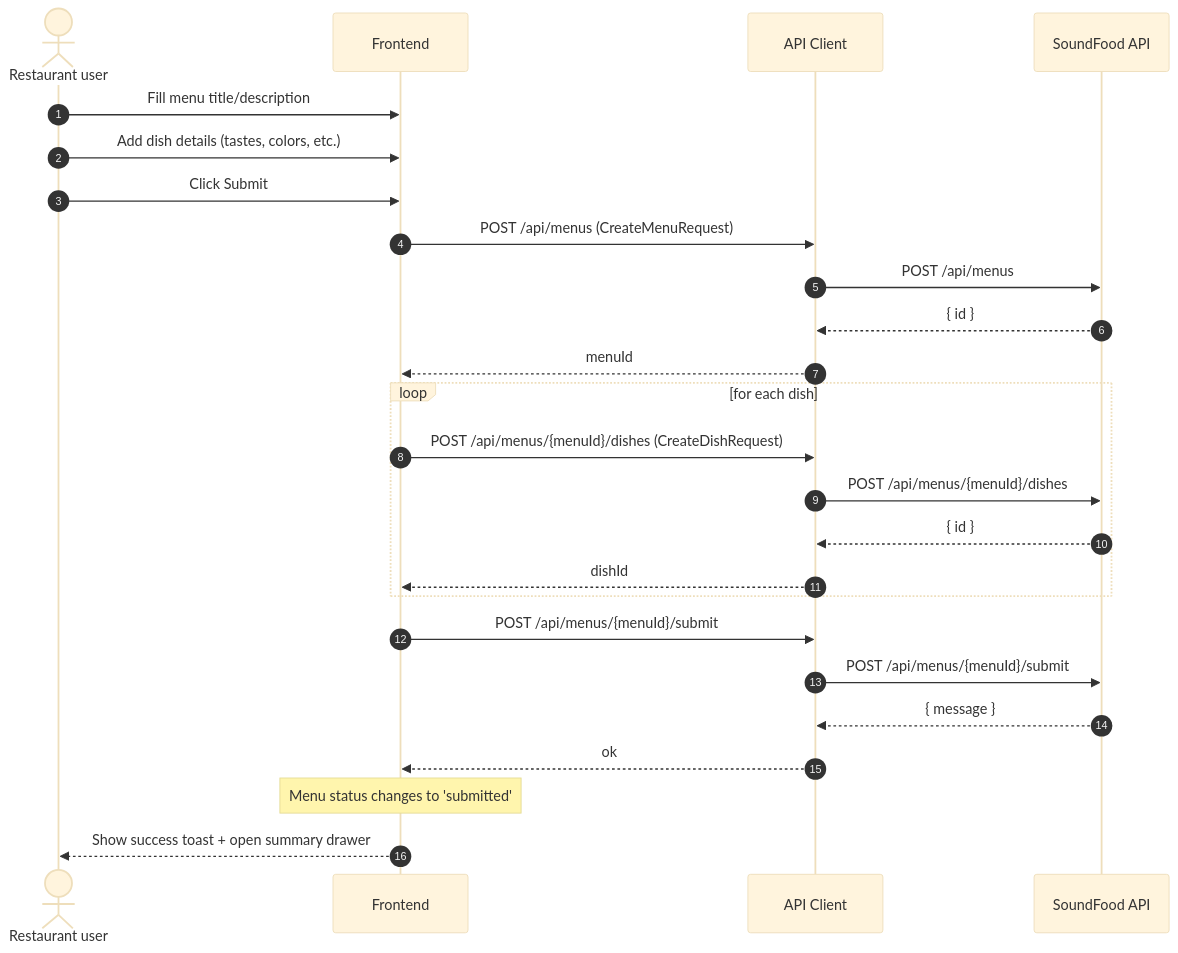
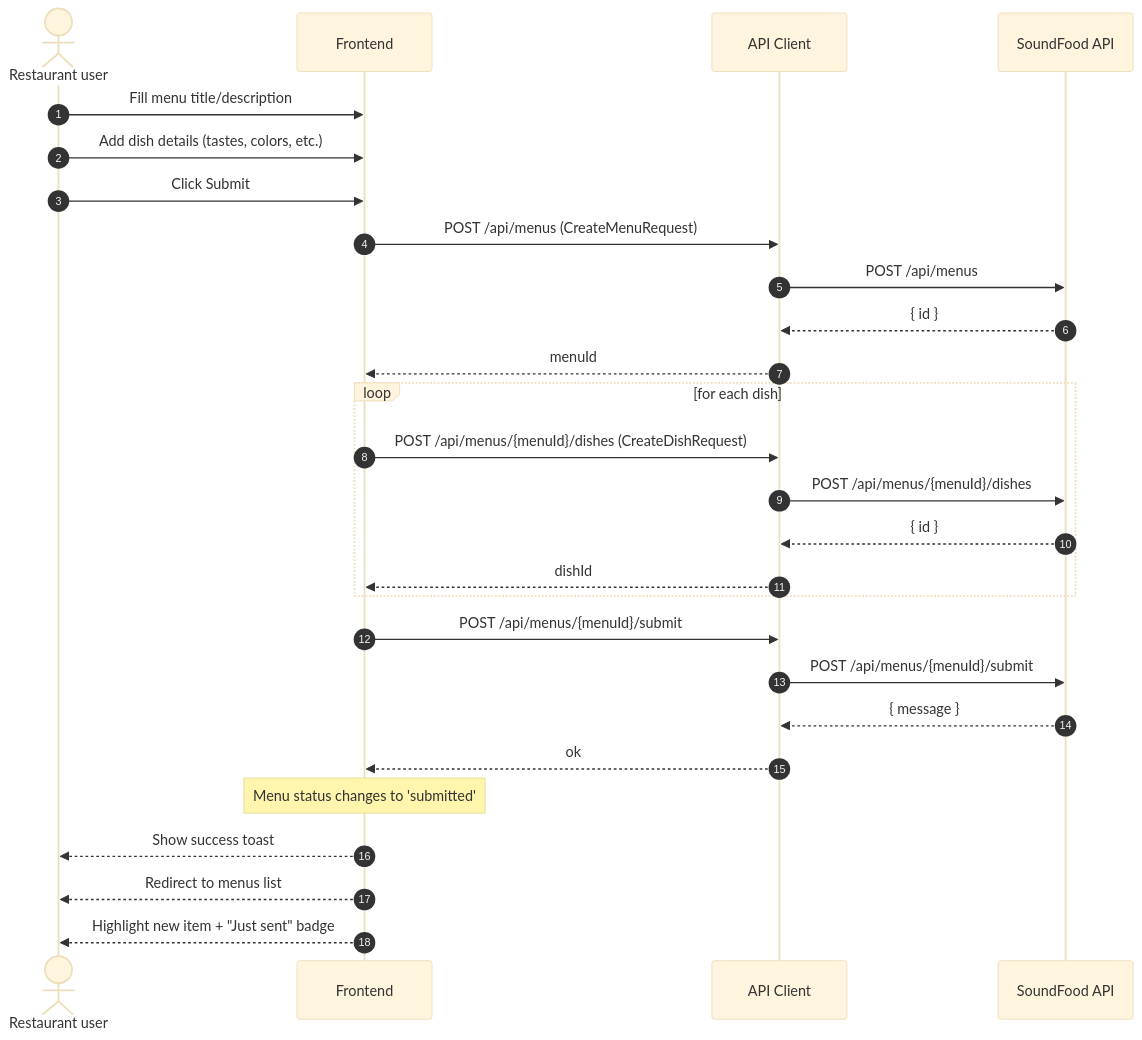
Before and after one commit to matteospanio/sf-demo-menu-intf: the second of 8 diagrams in README.md, drawn with Mermaid (base theme). The commit also changed other lines of this file and 10 other files, not shown here.

First line of the commit message:
🚸 Update submission flow and interface

````diff
--- a/README.md
+++ b/README.md
@@ -230,32 +229,34 @@
 ```mermaid
 sequenceDiagram
   autonumber
   actor U as Restaurant user
   participant FE as Frontend
   participant A as API Client
   participant API as SoundFood API
 
   U->>FE: Fill menu title/description
   U->>FE: Add dish details (tastes, colors, etc.)
   U->>FE: Click Submit
 
   FE->>A: POST /api/menus (CreateMenuRequest)
   A->>API: POST /api/menus
   API-->>A: { id }
   A-->>FE: menuId
 
   loop for each dish
     FE->>A: POST /api/menus/{menuId}/dishes (CreateDishRequest)
     A->>API: POST /api/menus/{menuId}/dishes
     API-->>A: { id }
     A-->>FE: dishId
   end
 
   FE->>A: POST /api/menus/{menuId}/submit
   A->>API: POST /api/menus/{menuId}/submit
   API-->>A: { message }
   A-->>FE: ok
   Note over FE: Menu status changes to 'submitted'
 
-  FE-->>U: Show success toast + open summary drawer
+  FE-->>U: Show success toast
+  FE-->>U: Redirect to menus list
+  FE-->>U: Highlight new item + "Just sent" badge
 ```
````
